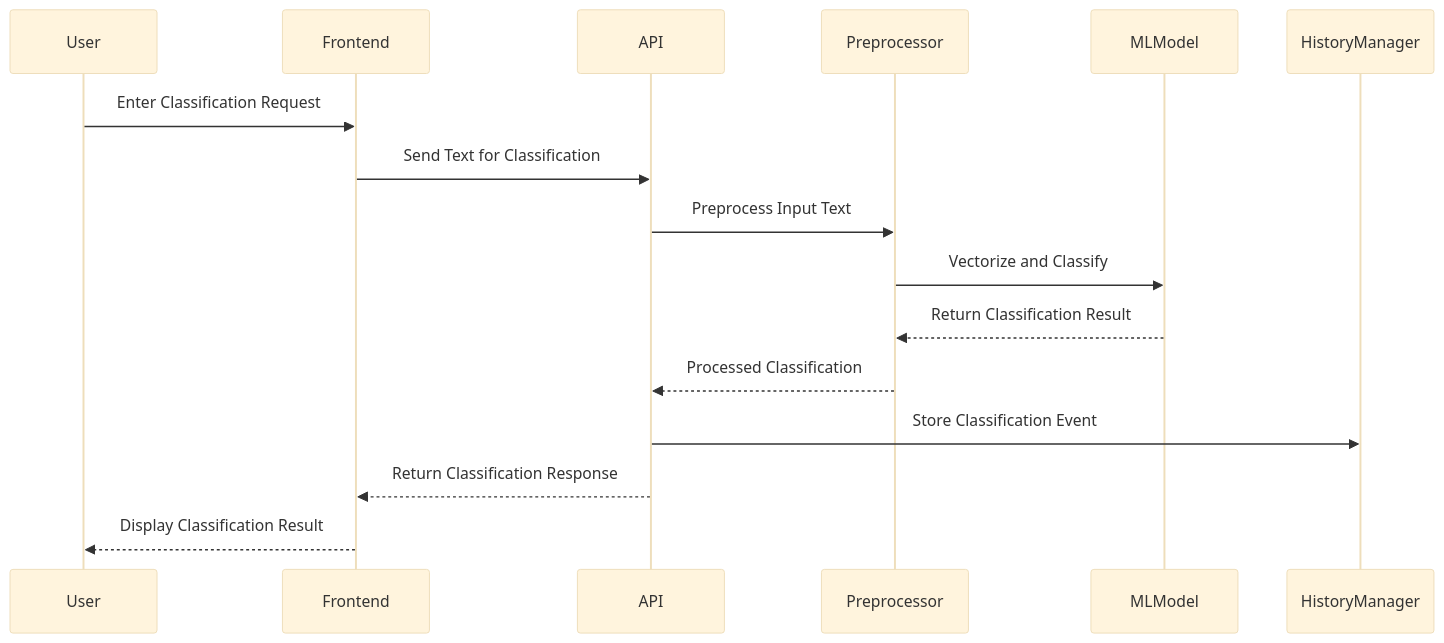
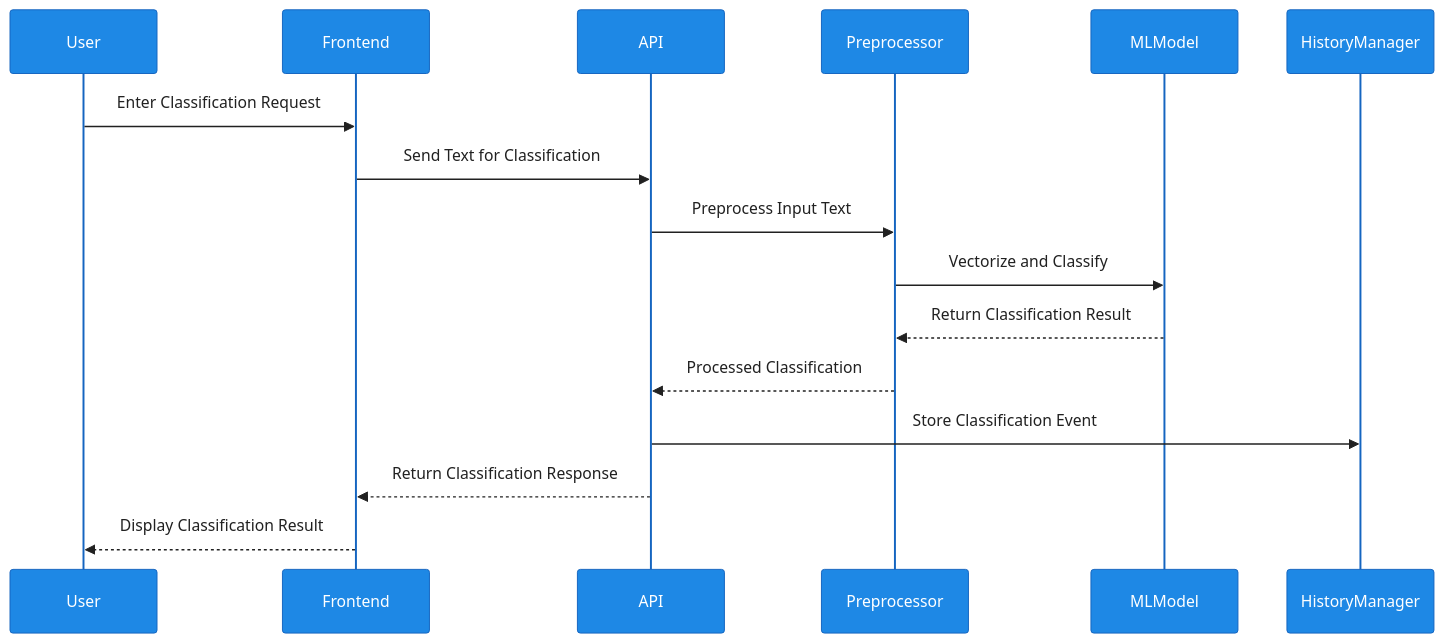
Before and after one commit to ogshivam/spambae: the third of 3 diagrams in README.md, drawn with Mermaid. The commit also changed other lines of this file, not shown here.

First line of the commit message:
style: enhance Mermaid diagrams visibility

````diff
--- a/README.md
+++ b/README.md
@@ -135,20 +161,20 @@
 ```mermaid
-%%{init: {'theme': 'base', 'themeVariables': { 'fontFamily': 'Arial', 'fontSize': '14px'}}}%%
+%%{init: {'theme': 'base', 'themeVariables': { 'fontFamily': 'Courier New', 'fontSize': '16px', 'fontWeight': 'bold', 'primaryColor': '#1e88e5', 'primaryTextColor': '#ffffff', 'primaryBorderColor': '#1565c0', 'lineColor': '#1565c0', 'textColor': '#212121', 'actorBorder': '#1565c0', 'actorBackground': '#bbdefb', 'noteBorderColor': '#f57c00', 'noteBackground': '#fff3e0'}}}%%
 sequenceDiagram
     participant User
     participant Frontend
     participant API
     participant Preprocessor
     participant MLModel
     participant HistoryManager
 
     User->>Frontend: Enter Classification Request
     Frontend->>API: Send Text for Classification
     API->>Preprocessor: Preprocess Input Text
     Preprocessor->>MLModel: Vectorize and Classify
     MLModel-->>Preprocessor: Return Classification Result
     Preprocessor-->>API: Processed Classification
     API->>HistoryManager: Store Classification Event
     API-->>Frontend: Return Classification Response
     Frontend-->>User: Display Classification Result
 ```
````
